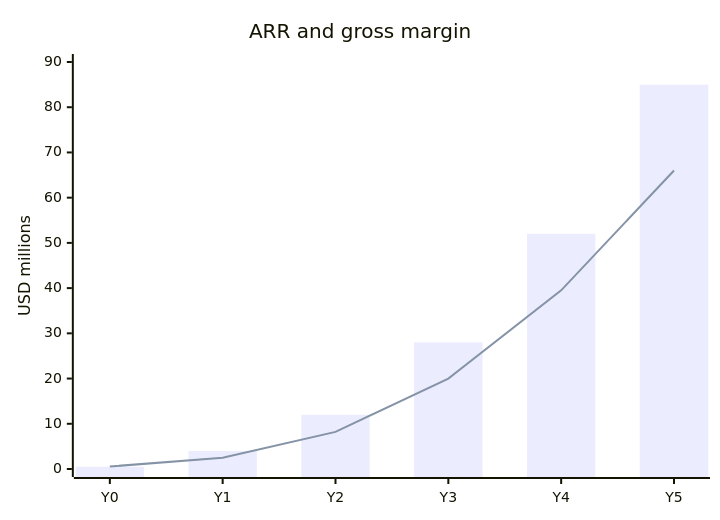
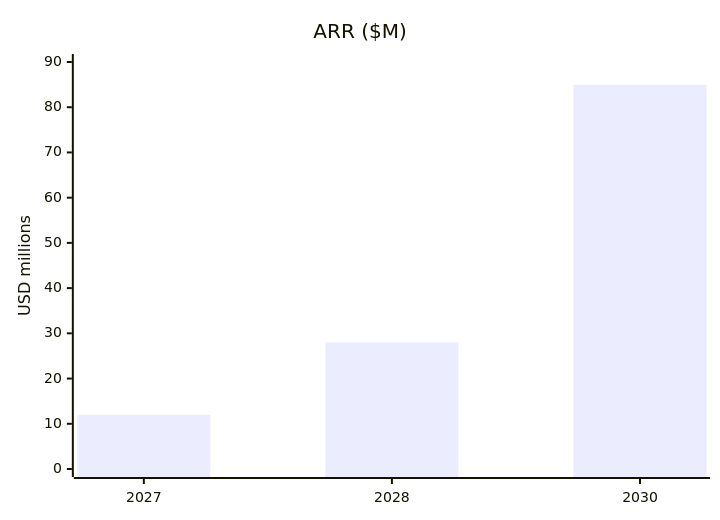
Before and after one commit to DeepEmergence/de-pitch-deck: the third of 3 diagrams in slides.md, drawn with Mermaid. The commit also changed other lines of this file and 8 other files, not shown here.

````diff
--- a/slides.md
+++ b/slides.md
@@ -538,8 +660,7 @@
-```mermaid {scale: 0.75}
+```mermaid {scale: 0.45}
 xychart-beta
-    title "ARR and gross margin"
-    x-axis [Y0, Y1, Y2, Y3, Y4, Y5]
+    title "ARR ($M)"
+    x-axis [2027, 2028, 2030]
     y-axis "USD millions" 0 --> 90
-    bar [0.5, 4, 12, 28, 52, 85]
-    line [0.55, 2.5, 8.2, 20, 39.5, 66]
+    bar [12, 28, 85]
 ```
````
